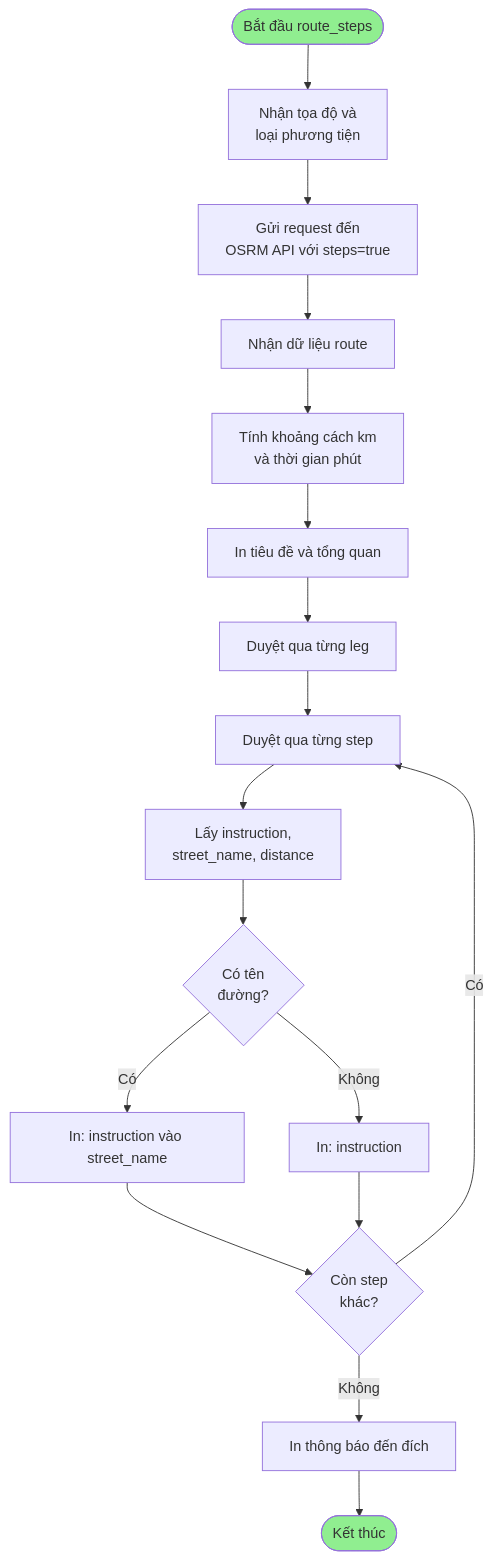
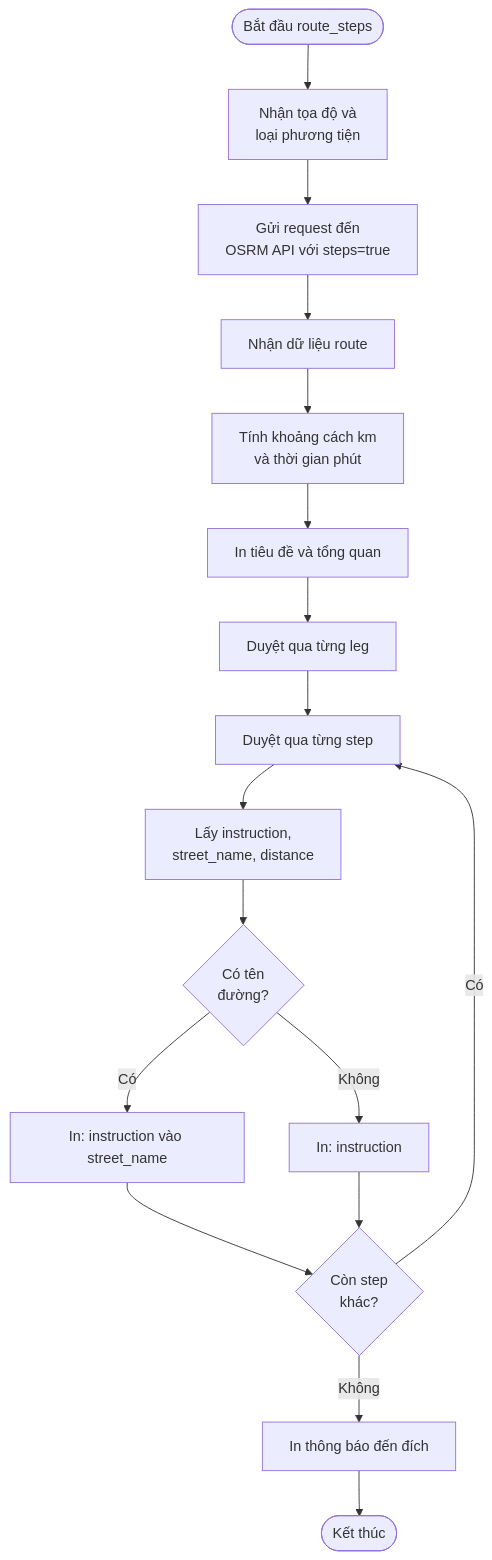
The third of 8 diagrams in flowchart_test.md (vothuctri/----n), drawn with Mermaid before and after one commit. The commit also changed other lines of this file and 10 other files, not shown here.

````diff
--- a/flowchart_test.md
+++ b/flowchart_test.md
@@ -57,22 +45,19 @@
 ```mermaid
 flowchart TD
     A([Bắt đầu route_steps]) --> B[Nhận tọa độ và<br/>loại phương tiện]
     B --> C[Gửi request đến<br/>OSRM API với steps=true]
     C --> D[Nhận dữ liệu route]
     D --> E[Tính khoảng cách km<br/>và thời gian phút]
     E --> F[In tiêu đề và tổng quan]
     F --> G[Duyệt qua từng leg]
     G --> H[Duyệt qua từng step]
     H --> I[Lấy instruction,<br/>street_name, distance]
     I --> J{Có tên<br/>đường?}
     J -->|Có| K[In: instruction vào street_name]
     J -->|Không| L[In: instruction]
     K --> M{Còn step<br/>khác?}
     L --> M
     M -->|Có| H
     M -->|Không| N[In thông báo đến đích]
     N --> O([Kết thúc])
-    
-    style A fill:#90EE90
-    style O fill:#90EE90
 ```
````
